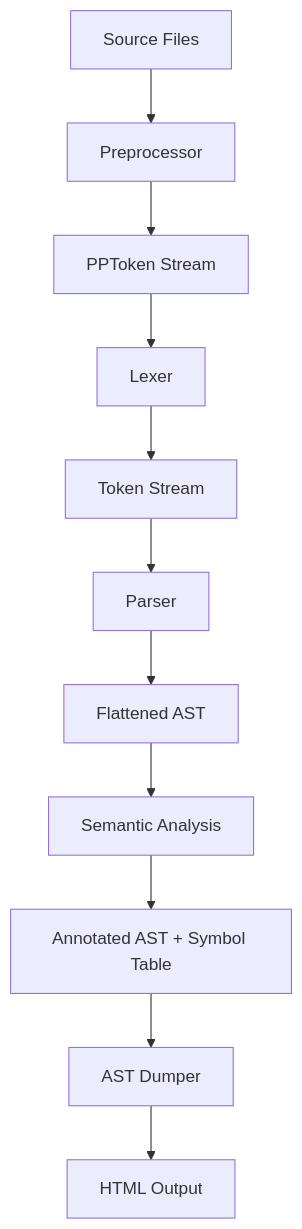
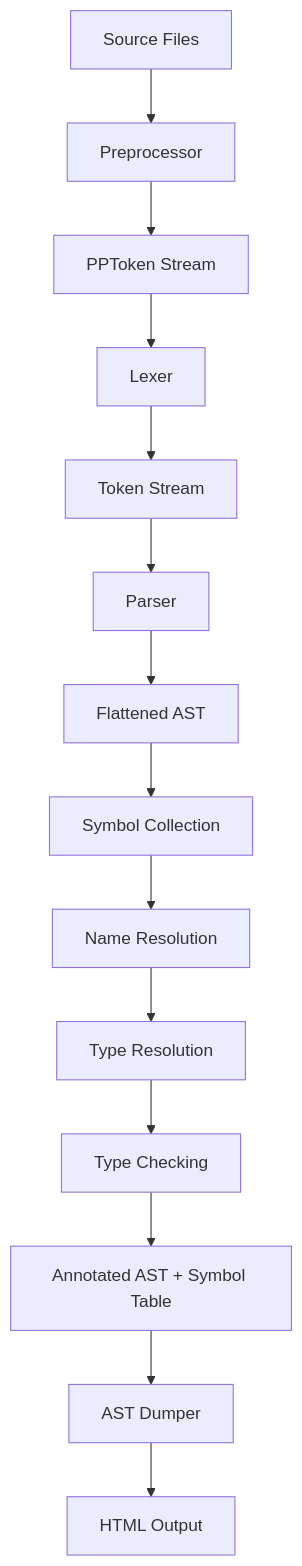
The diagram in design-document/main.md (bungcip/cendol), drawn with Mermaid before and after one commit. The commit also changed other lines of this file and 7 other files, not shown here.

````diff
--- a/design-document/main.md
+++ b/design-document/main.md
@@ -31,13 +31,16 @@
 ```mermaid
 graph TD
     Source[Source Files] --> Preprocessor
     Preprocessor --> PPTokenStream[PPToken Stream]
     PPTokenStream --> Lexer
     Lexer --> TokenStream[Token Stream]
     TokenStream --> Parser
     Parser --> FlattenedAST[Flattened AST]
-    FlattenedAST --> SemanticAnalyzer[Semantic Analysis]
-    SemanticAnalyzer --> AnnotatedAST[Annotated AST + Symbol Table]
+    FlattenedAST --> SymbolCollection[Symbol Collection]
+    SymbolCollection --> NameResolution[Name Resolution]
+    NameResolution --> TypeResolution[Type Resolution]
+    TypeResolution --> TypeChecking[Type Checking]
+    TypeChecking --> AnnotatedAST[Annotated AST + Symbol Table]
     AnnotatedAST --> ASTDumper[AST Dumper]
     ASTDumper --> HTML[HTML Output]
 ```
````
